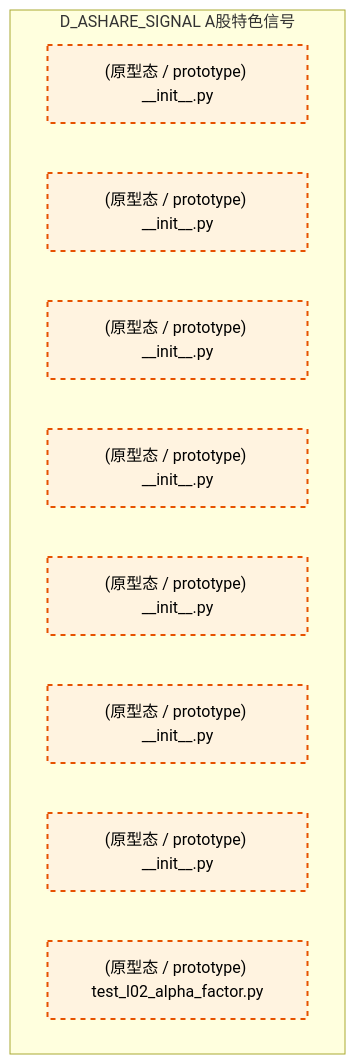
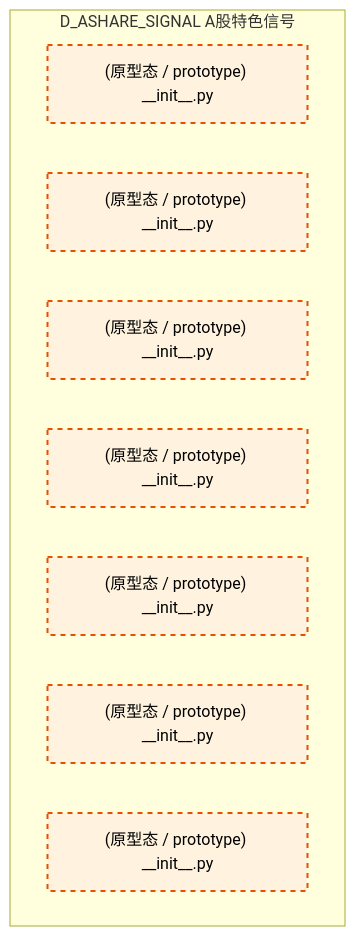
Before and after one commit to xuanFelixVan/ZephyrAlpha: the second of 2 diagrams in docs/02_enterprise_architecture/02_domain_architecture_docs/27_d_ashare_signal.md, drawn with Mermaid. The commit also changed other lines of this file and 126 other files, not shown here.

````diff
--- a/docs/02_enterprise_architecture/02_domain_architecture_docs/27_d_ashare_signal.md
+++ b/docs/02_enterprise_architecture/02_domain_architecture_docs/27_d_ashare_signal.md
@@ -106,18 +103,17 @@
 ```mermaid
 graph TD
     subgraph D_ASHARE_SIGNAL["D_ASHARE_SIGNAL A股特色信号"]
         src_zephyr_signal_ashare_init_py["(原型态 / prototype) __init__.py"]
         src_zephyr_signal_ashare_extensions_init_py["(原型态 / prototype) __init__.py"]
         src_zephyr_signal_ashare_api_init_py["(原型态 / prototype) __init__.py"]
         src_zephyr_signal_ashare_core_init_py["(原型态 / prototype) __init__.py"]
         src_zephyr_signal_ashare_infrastructure_init_py["(原型态 / prototype) __init__.py"]
         src_zephyr_signal_ashare_models_init_py["(原型态 / prototype) __init__.py"]
         src_zephyr_signal_ashare_services_init_py["(原型态 / prototype) __init__.py"]
-        tests_alpha_signal_test_l02_alpha_factor_py["(原型态 / prototype) test_l02_alpha_factor.py"]
     end
     classDef production fill:#e1f5fe,stroke:#01579b,stroke-width:2px,color:#000
     classDef design fill:#fff3e0,stroke:#e65100,stroke-width:2px,color:#000,stroke-dasharray: 5 5
     classDef external_prod fill:#e8f5e9,stroke:#1b5e20,stroke-width:1px,color:#000
     classDef external_design fill:#fce4ec,stroke:#880e4f,stroke-width:1px,color:#000,stroke-dasharray: 5 5
-    class src_zephyr_signal_ashare_init_py,src_zephyr_signal_ashare_extensions_init_py,src_zephyr_signal_ashare_api_init_py,src_zephyr_signal_ashare_core_init_py,src_zephyr_signal_ashare_infrastructure_init_py,src_zephyr_signal_ashare_models_init_py,src_zephyr_signal_ashare_services_init_py,tests_alpha_signal_test_l02_alpha_factor_py design
+    class src_zephyr_signal_ashare_init_py,src_zephyr_signal_ashare_extensions_init_py,src_zephyr_signal_ashare_api_init_py,src_zephyr_signal_ashare_core_init_py,src_zephyr_signal_ashare_infrastructure_init_py,src_zephyr_signal_ashare_models_init_py,src_zephyr_signal_ashare_services_init_py design
 ```
````
